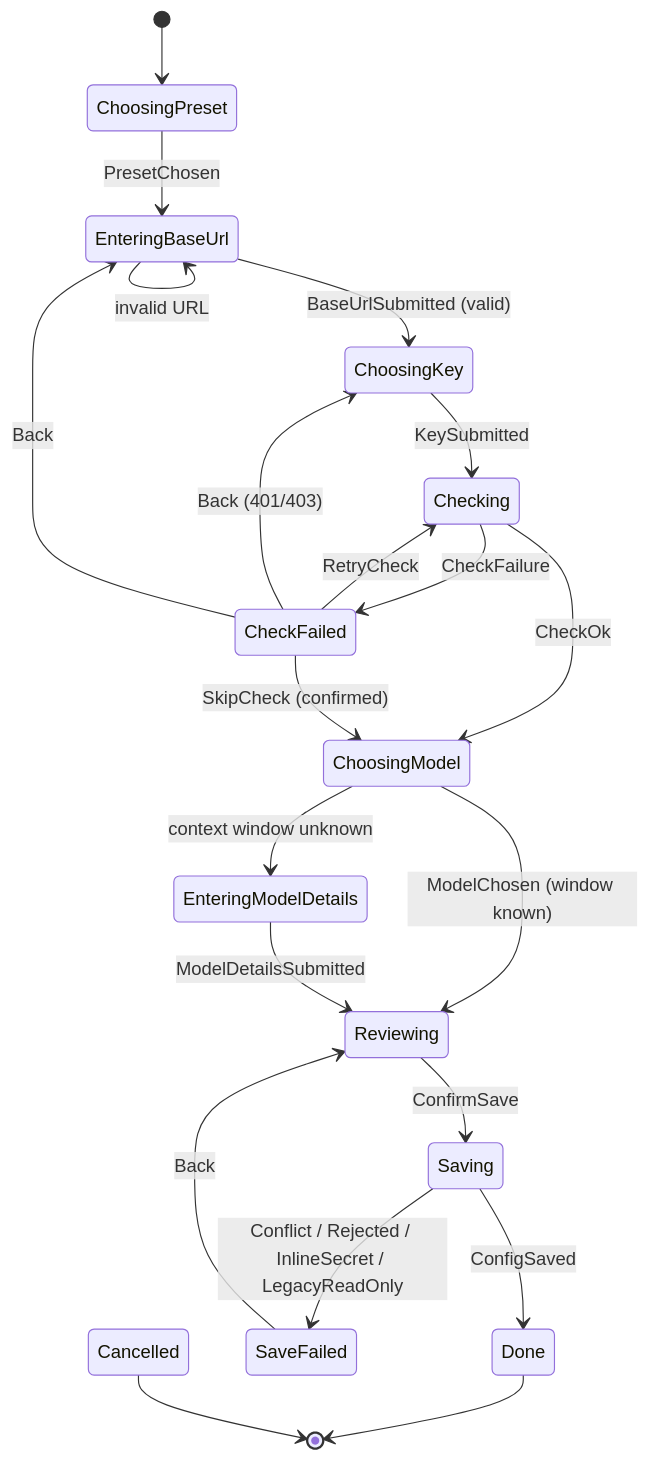
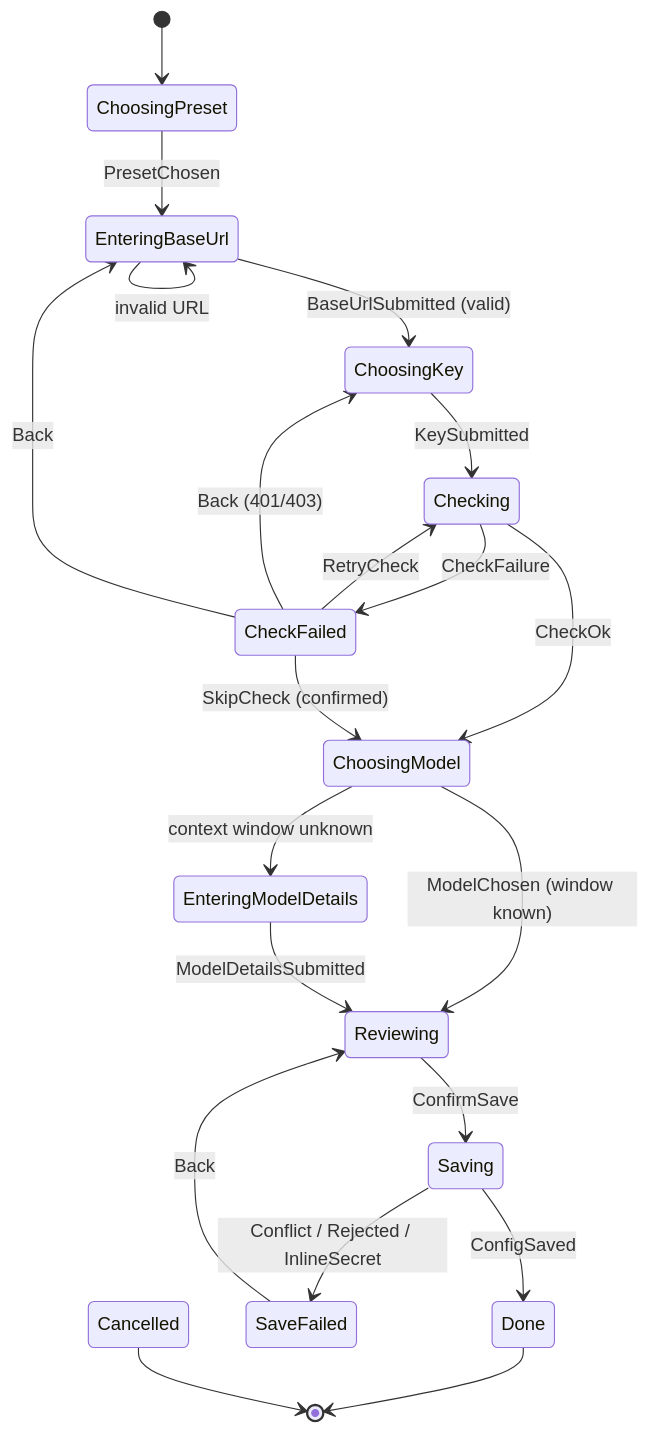
Before and after one commit to pese-git/codelab-app: the first of 2 diagrams in docs/architecture/proposals/dart-agent-and-clients/12-4-first-run-and-settings.md, drawn with Mermaid. The commit also changed other lines of this file and 19 other files, not shown here.

````diff
--- a/docs/architecture/proposals/dart-agent-and-clients/12-4-first-run-and-settings.md
+++ b/docs/architecture/proposals/dart-agent-and-clients/12-4-first-run-and-settings.md
@@ -414,23 +410,23 @@
 ```mermaid
 stateDiagram-v2
     [*] --> ChoosingPreset
     ChoosingPreset --> EnteringBaseUrl: PresetChosen
     EnteringBaseUrl --> ChoosingKey: BaseUrlSubmitted (valid)
     EnteringBaseUrl --> EnteringBaseUrl: invalid URL
     ChoosingKey --> Checking: KeySubmitted
     Checking --> ChoosingModel: CheckOk
     Checking --> CheckFailed: CheckFailure
     CheckFailed --> Checking: RetryCheck
     CheckFailed --> ChoosingKey: Back (401/403)
     CheckFailed --> EnteringBaseUrl: Back
     CheckFailed --> ChoosingModel: SkipCheck (confirmed)
     ChoosingModel --> EnteringModelDetails: context window unknown
     ChoosingModel --> Reviewing: ModelChosen (window known)
     EnteringModelDetails --> Reviewing: ModelDetailsSubmitted
     Reviewing --> Saving: ConfirmSave
     Saving --> Done: ConfigSaved
-    Saving --> SaveFailed: Conflict / Rejected / InlineSecret / LegacyReadOnly
+    Saving --> SaveFailed: Conflict / Rejected / InlineSecret
     SaveFailed --> Reviewing: Back
     Done --> [*]
     Cancelled --> [*]
 ```
````
